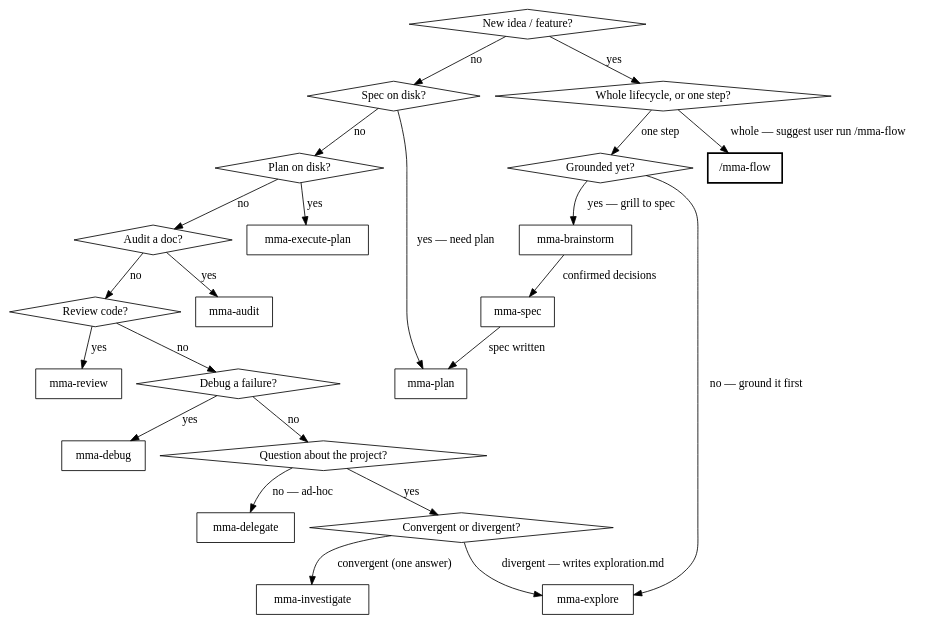
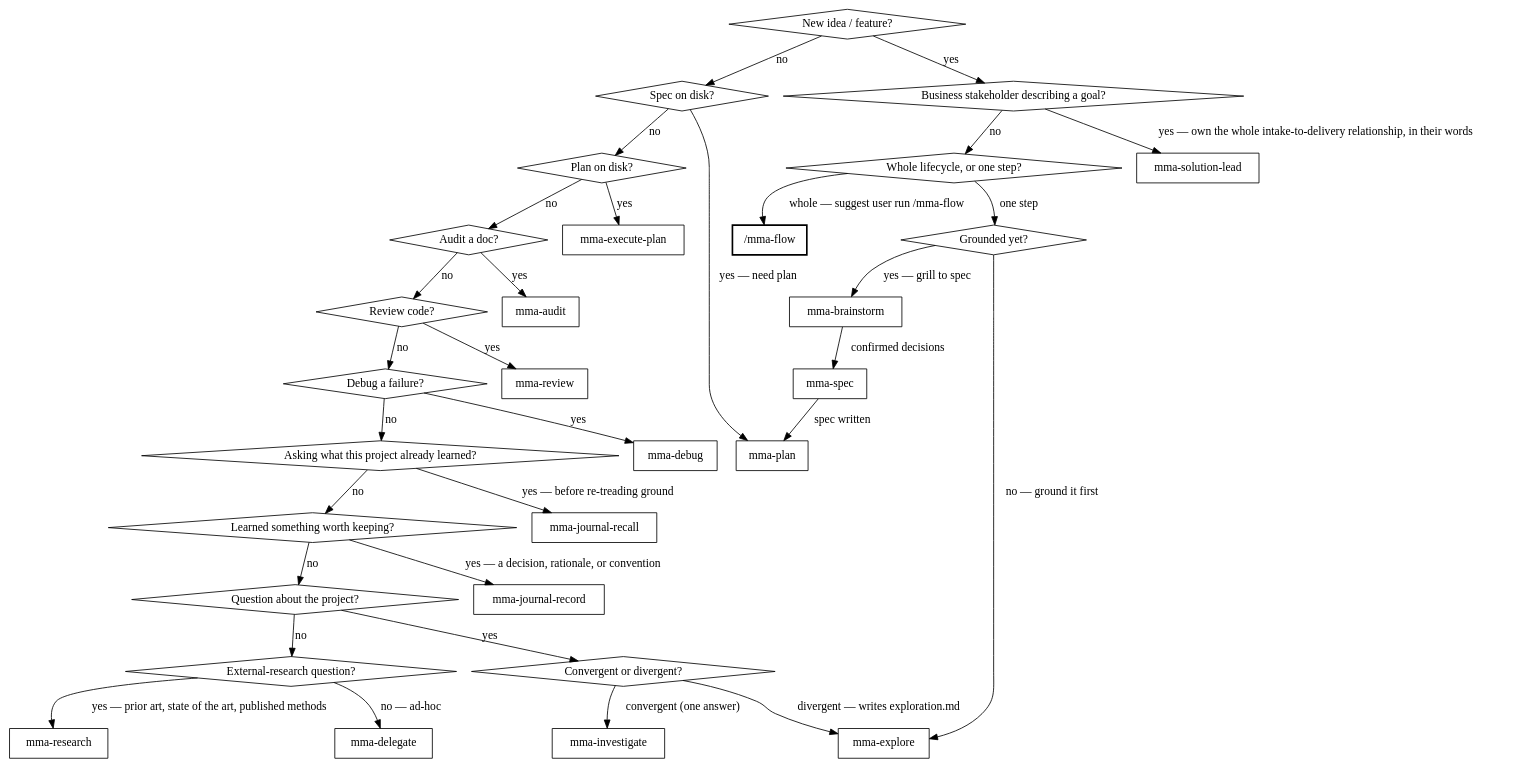
One commit to zhixuan312/multi-model-agent changed the diagram in packages/server/src/skills/multi-model-agent/SKILL.md. Above: the diagram before and after it, drawn with Graphviz. The commit also changed other lines of this file and 4 other files, not shown here.

````diff
--- a/packages/server/src/skills/multi-model-agent/SKILL.md
+++ b/packages/server/src/skills/multi-model-agent/SKILL.md
@@ -25,48 +25,64 @@
 ```dot
 digraph picker {
+    "Business stakeholder describing a goal?" [shape=diamond];
     "New idea / feature?" [shape=diamond];
     "Whole lifecycle, or one step?" [shape=diamond];
     "Grounded yet?" [shape=diamond];
     "Spec on disk?" [shape=diamond];
     "Plan on disk?" [shape=diamond];
     "Audit a doc?" [shape=diamond];
     "Review code?" [shape=diamond];
     "Debug a failure?" [shape=diamond];
     "Question about the project?" [shape=diamond];
     "Convergent or divergent?" [shape=diamond];
+    "Asking what this project already learned?" [shape=diamond];
+    "External-research question?" [shape=diamond];
+    "Learned something worth keeping?" [shape=diamond];
     "mma-brainstorm" [shape=box];
     "/mma-flow" [shape=box, style=bold];
     "mma-spec" [shape=box];
     "mma-plan" [shape=box];
     "mma-execute-plan" [shape=box];
     "mma-audit" [shape=box];
     "mma-review" [shape=box];
     "mma-debug" [shape=box];
     "mma-investigate" [shape=box];
     "mma-explore" [shape=box];
     "mma-delegate" [shape=box];
+    "mma-solution-lead" [shape=box];
+    "mma-research" [shape=box];
+    "mma-journal-recall" [shape=box];
+    "mma-journal-record" [shape=box];
 
-    "New idea / feature?" -> "Whole lifecycle, or one step?" [label="yes"];
+    "New idea / feature?" -> "Business stakeholder describing a goal?" [label="yes"];
+    "Business stakeholder describing a goal?" -> "mma-solution-lead" [label="yes — own the whole intake-to-delivery relationship, in their words"];
+    "Business stakeholder describing a goal?" -> "Whole lifecycle, or one step?" [label="no"];
     "Whole lifecycle, or one step?" -> "/mma-flow" [label="whole — suggest user run /mma-flow"];
     "Whole lifecycle, or one step?" -> "Grounded yet?" [label="one step"];
     "Grounded yet?" -> "mma-explore" [label="no — ground it first"];
     "Grounded yet?" -> "mma-brainstorm" [label="yes — grill to spec"];
     "mma-brainstorm" -> "mma-spec" [label="confirmed decisions"];
     "mma-spec" -> "mma-plan" [label="spec written"];
     "New idea / feature?" -> "Spec on disk?" [label="no"];
     "Spec on disk?" -> "mma-plan" [label="yes — need plan"];
     "Spec on disk?" -> "Plan on disk?" [label="no"];
     "Plan on disk?" -> "mma-execute-plan" [label="yes"];
     "Plan on disk?" -> "Audit a doc?" [label="no"];
     "Audit a doc?" -> "mma-audit" [label="yes"];
     "Audit a doc?" -> "Review code?" [label="no"];
     "Review code?" -> "mma-review" [label="yes"];
     "Review code?" -> "Debug a failure?" [label="no"];
     "Debug a failure?" -> "mma-debug" [label="yes"];
-    "Debug a failure?" -> "Question about the project?" [label="no"];
+    "Debug a failure?" -> "Asking what this project already learned?" [label="no"];
+    "Asking what this project already learned?" -> "mma-journal-recall" [label="yes — before re-treading ground"];
+    "Asking what this project already learned?" -> "Learned something worth keeping?" [label="no"];
+    "Learned something worth keeping?" -> "mma-journal-record" [label="yes — a decision, rationale, or convention"];
+    "Learned something worth keeping?" -> "Question about the project?" [label="no"];
     "Question about the project?" -> "Convergent or divergent?" [label="yes"];
-    "Question about the project?" -> "mma-delegate" [label="no — ad-hoc"];
+    "Question about the project?" -> "External-research question?" [label="no"];
+    "External-research question?" -> "mma-research" [label="yes — prior art, state of the art, published methods"];
+    "External-research question?" -> "mma-delegate" [label="no — ad-hoc"];
     "Convergent or divergent?" -> "mma-investigate" [label="convergent (one answer)"];
     "Convergent or divergent?" -> "mma-explore" [label="divergent — writes exploration.md"];
 }
 ```
````
